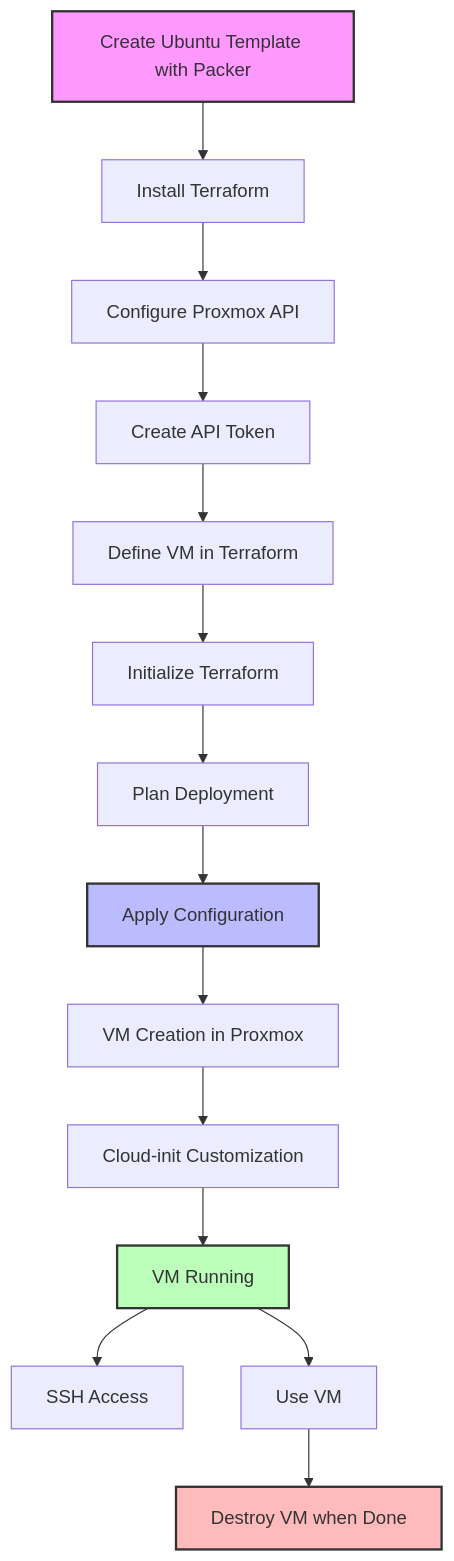
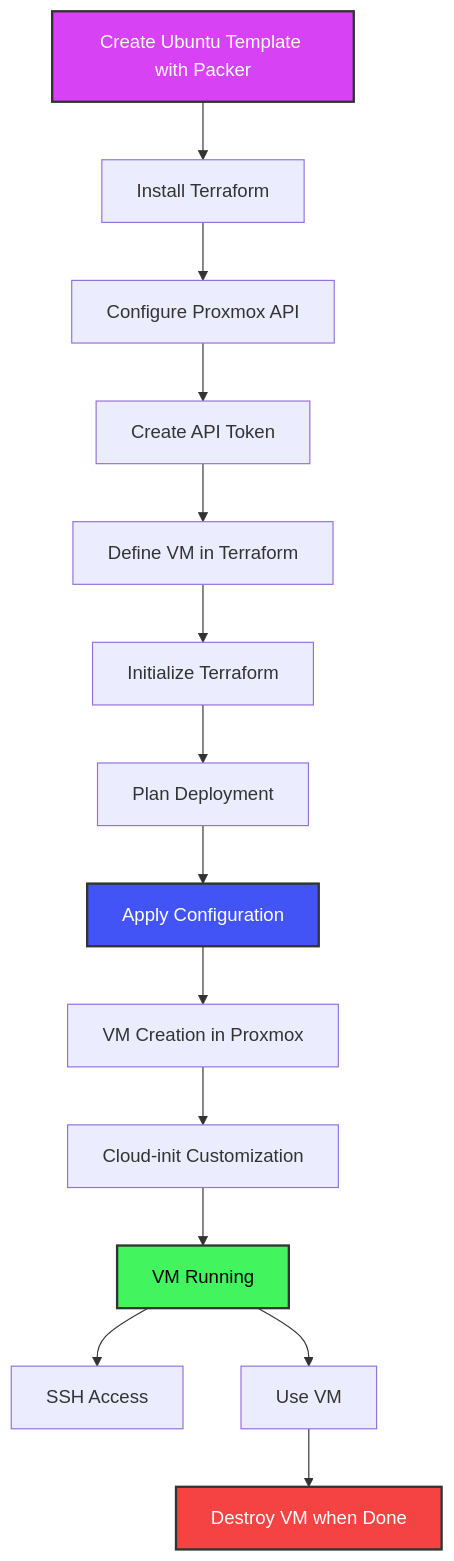
Before and after one commit to VasanthKumarTR/proxmox-templates: the diagram in Proxmox/Terraform/blog-post.md, drawn with Mermaid.

Commit message:
better colors for workflow diagram

````diff
--- a/Proxmox/Terraform/blog-post.md
+++ b/Proxmox/Terraform/blog-post.md
@@ -13,22 +13,22 @@
 ```mermaid
 flowchart TD
     A[Create Ubuntu Template with Packer] --> B[Install Terraform]
     B --> C[Configure Proxmox API]
     C --> D[Create API Token]
     D --> E[Define VM in Terraform]
     E --> F[Initialize Terraform]
     F --> G[Plan Deployment]
     G --> H[Apply Configuration]
     H --> I[VM Creation in Proxmox]
     I --> J[Cloud-init Customization]
     J --> K[VM Running]
     K --> L[SSH Access]
     
     K --> M[Use VM]
     M --> N[Destroy VM when Done]
     
-    style A fill:#f9f,stroke:#333,stroke-width:2px
-    style H fill:#bbf,stroke:#333,stroke-width:2px
-    style K fill:#bfb,stroke:#333,stroke-width:2px
-    style N fill:#fbb,stroke:#333,stroke-width:2px
+    style A fill:#d742f5,stroke:#333,stroke-width:2px,color:#fff
+    style H fill:#4254f5,stroke:#333,stroke-width:2px,color:#fff
+    style K fill:#42f55e,stroke:#333,stroke-width:2px,color:#000
+    style N fill:#f54242,stroke:#333,stroke-width:2px,color:#fff
 ```
````
